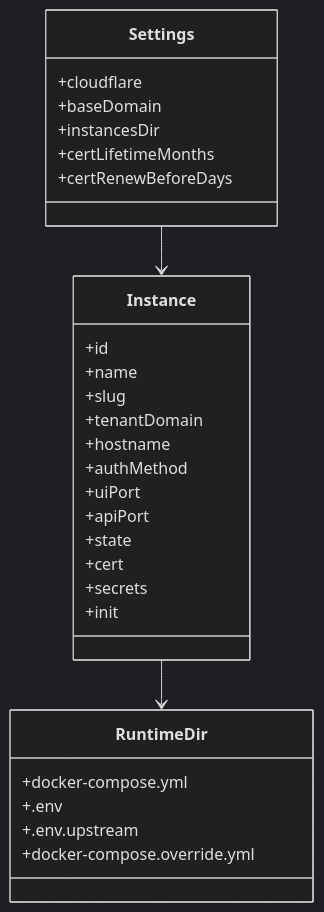
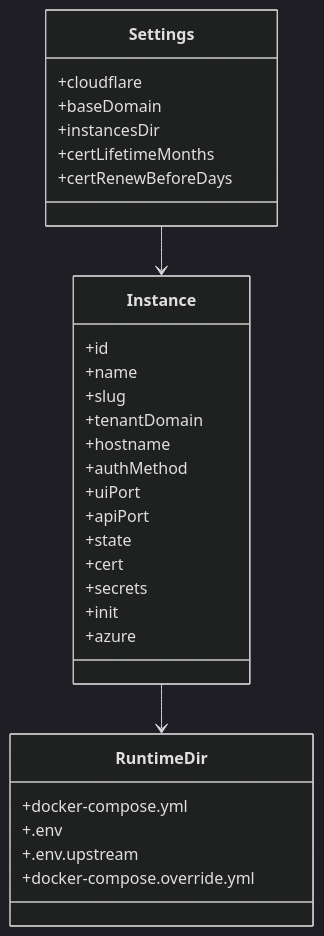
The diagram in docs/data-model.md (lotrasoft/prowler-manage), drawn with Mermaid (dark theme) before and after one commit. The commit also changed other lines of this file and 14 other files, not shown here.

````diff
--- a/docs/data-model.md
+++ b/docs/data-model.md
@@ -27,35 +27,36 @@
 ```mermaid
 classDiagram
     class Settings {
         +cloudflare
         +baseDomain
         +instancesDir
         +certLifetimeMonths
         +certRenewBeforeDays
     }
 
     class Instance {
         +id
         +name
         +slug
         +tenantDomain
         +hostname
         +authMethod
         +uiPort
         +apiPort
         +state
         +cert
         +secrets
         +init
+        +azure
     }
 
     class RuntimeDir {
         +docker-compose.yml
         +.env
         +.env.upstream
         +docker-compose.override.yml
     }
 
     Settings --> Instance
     Instance --> RuntimeDir
 ```
````
